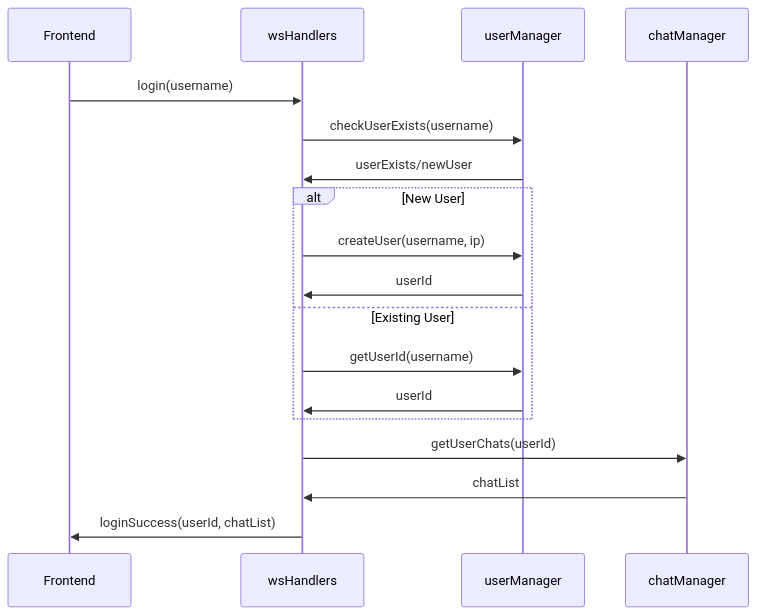
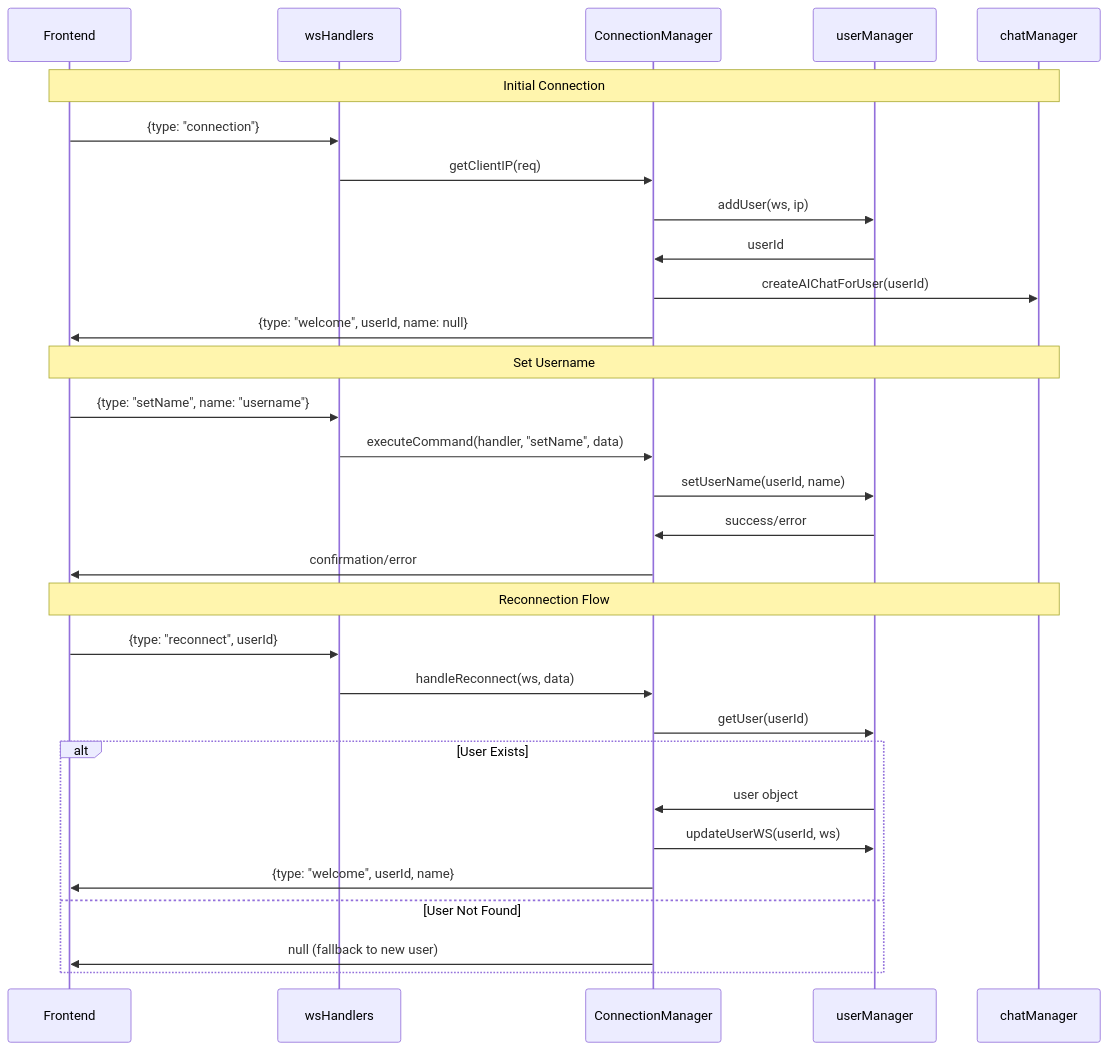
The fifth of 5 diagrams in dokumentation_dev.md (Verteilte-Systeme-WWII23/Chat), drawn with Mermaid before and after one commit. The commit also changed other lines of this file and 1 other file, not shown here.

````diff
--- a/dokumentation_dev.md
+++ b/dokumentation_dev.md
@@ -159,23 +145,35 @@
 ```mermaid
 sequenceDiagram
     participant UI as Frontend
     participant WS as wsHandlers
+    participant CM as ConnectionManager
     participant UM as userManager
-    participant CM as chatManager
+    participant ChatM as chatManager
     
-    UI->>WS: login(username)
-    WS->>UM: checkUserExists(username)
-    UM->>WS: userExists/newUser
+    Note over UI,ChatM: Initial Connection
+    UI->>WS: {type: "connection"}
+    WS->>CM: getClientIP(req)
+    CM->>UM: addUser(ws, ip)
+    UM->>CM: userId
+    CM->>ChatM: createAIChatForUser(userId)
+    CM->>UI: {type: "welcome", userId, name: null}
     
-    alt New User
-        WS->>UM: createUser(username, ip)
-        UM->>WS: userId
-    else Existing User
-        WS->>UM: getUserId(username)
-        UM->>WS: userId
+    Note over UI,ChatM: Set Username
+    UI->>WS: {type: "setName", name: "username"}
+    WS->>CM: executeCommand(handler, "setName", data)
+    CM->>UM: setUserName(userId, name)
+    UM->>CM: success/error
+    CM->>UI: confirmation/error
+    
+    Note over UI,ChatM: Reconnection Flow
+    UI->>WS: {type: "reconnect", userId}
+    WS->>CM: handleReconnect(ws, data)
+    CM->>UM: getUser(userId)
+    alt User Exists
+        UM->>CM: user object
+        CM->>UM: updateUserWS(userId, ws)
+        CM->>UI: {type: "welcome", userId, name}
+    else User Not Found
+        CM->>UI: null (fallback to new user)
     end
-    
-    WS->>CM: getUserChats(userId)
-    CM->>WS: chatList
-    WS->>UI: loginSuccess(userId, chatList)
 ```
````
